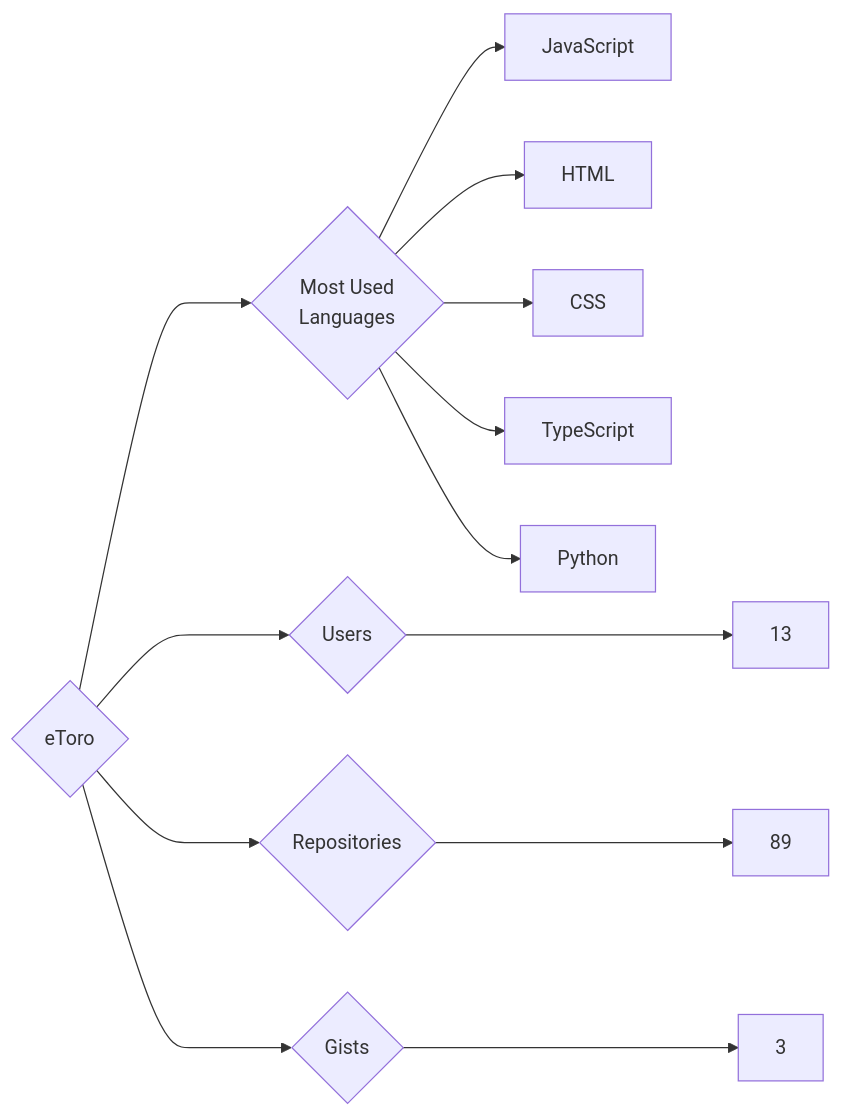
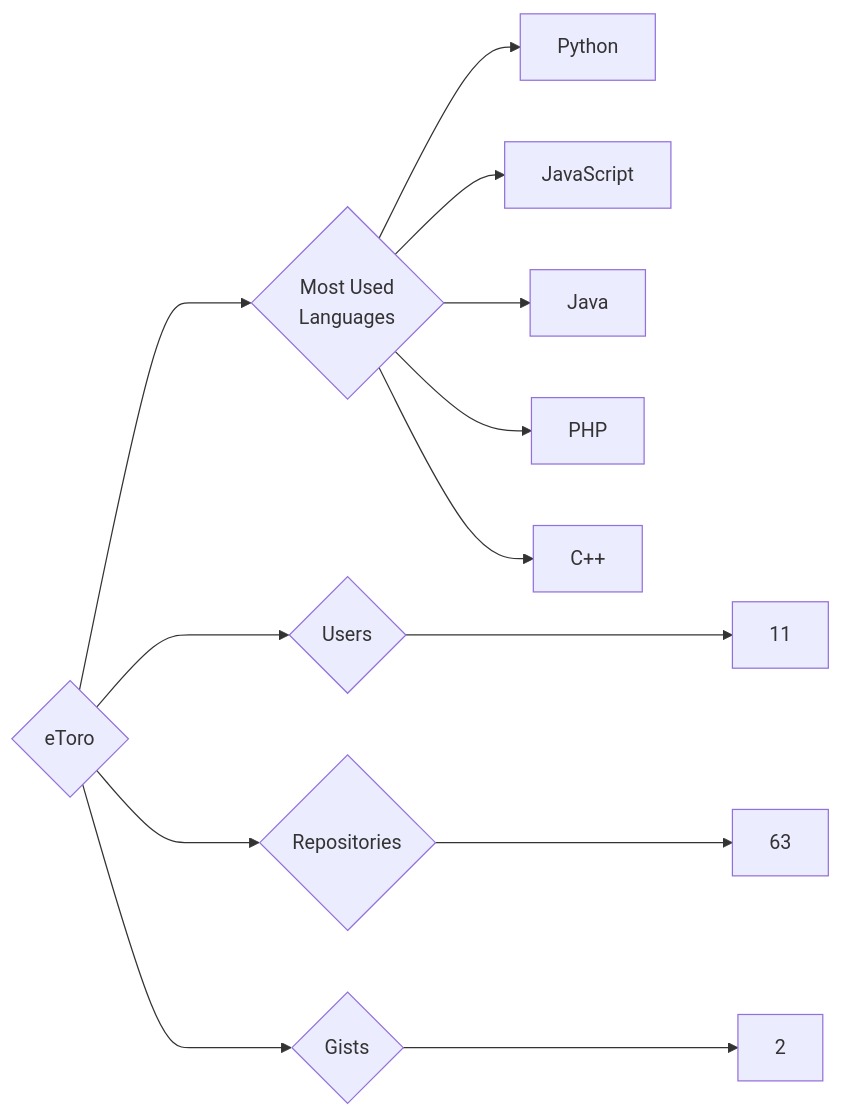
Before and after one commit to trickest/insiders: the diagram in targets/eToro/README.md, drawn with Mermaid. The commit also changed 644 other files, not shown here.

````diff
--- a/targets/eToro/README.md
+++ b/targets/eToro/README.md
@@ -3,13 +3,13 @@
 ```mermaid
 graph LR
 COMPANY_NAME{eToro}
-COMPANY_NAME ---> U{Users} ---> UN[13]
-COMPANY_NAME ---> R{Repositories} ---> RN[89]
-COMPANY_NAME ---> G{Gists} ---> GN[3]
+COMPANY_NAME ---> U{Users} ---> UN[11]
+COMPANY_NAME ---> R{Repositories} ---> RN[63]
+COMPANY_NAME ---> G{Gists} ---> GN[2]
 COMPANY_NAME ---> ML{Most Used<br>Languages}
+ML --> Python[Python]
 ML --> JavaScript[JavaScript]
-ML --> HTML[HTML]
-ML --> CSS[CSS]
-ML --> TypeScript[TypeScript]
-ML --> Python[Python]
+ML --> Java[Java]
+ML --> PHP[PHP]
+ML --> C++[C++]
 ```
````
